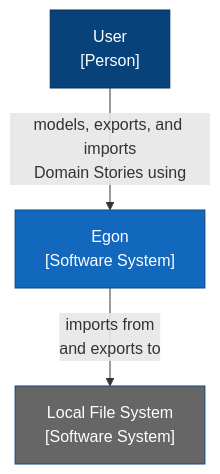
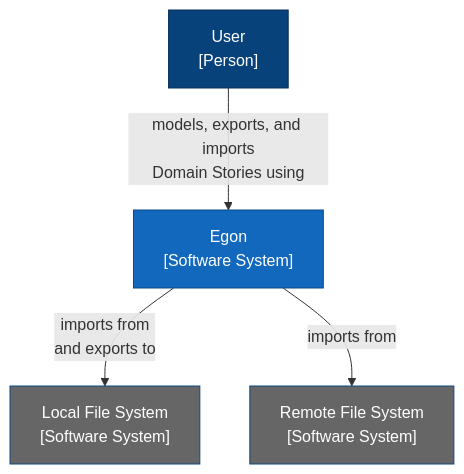
The first of 5 diagrams in architecture.md (WPS/egon.io), drawn with Mermaid before and after one commit. The commit also changed other lines of this file, not shown here.

````diff
--- a/architecture.md
+++ b/architecture.md
@@ -40,24 +40,28 @@
 ```mermaid
 
 flowchart TD
 
 User["User
 [Person]"]
 
 Egon["Egon
 [Software System]"]
 
 Local["Local File System
 [Software System]"]
 
+Remote["Remote File System
+[Software System]"]
+
 User-- "models, exports, and imports\nDomain Stories using" -->Egon
 Egon-- "imports from\nand exports to" -->Local
+Egon-- "imports from" -->Remote
 
 classDef focusSystem fill:#1168bd,stroke:#0b4884,color:#ffffff
 classDef supportingSystem fill:#666,stroke:#0b4884,color:#ffffff
 classDef person fill:#08427b,stroke:#052e56,color:#ffffff
 
 class User person
 class Egon focusSystem
-class Local supportingSystem
+class Local,Remote supportingSystem
 ```
````
